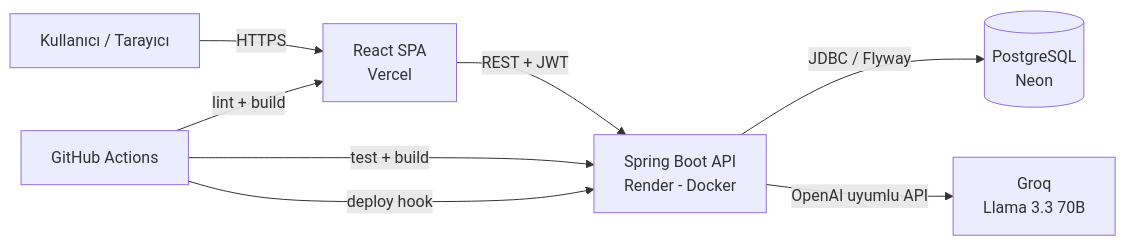
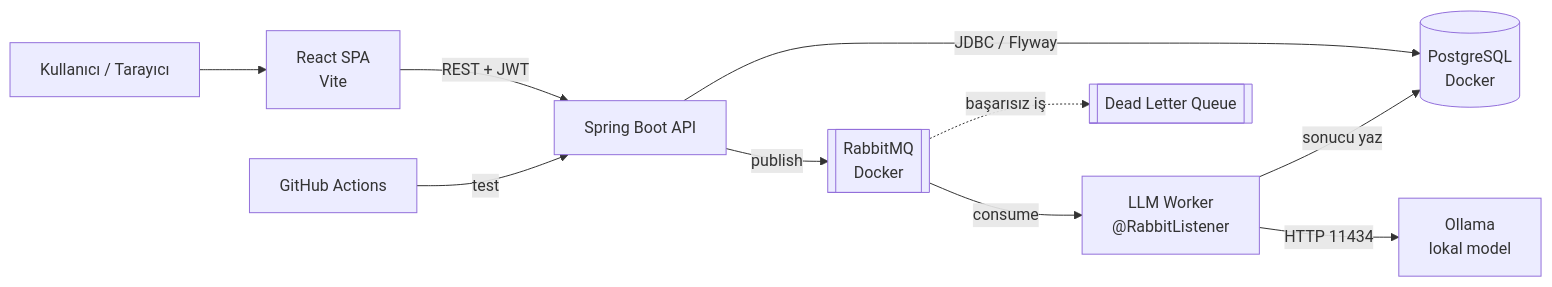
One commit to OzlemBalikci/DocuMind changed the first of 6 diagrams in docs/02-mimari.md. Above: the diagram before and after it, drawn with Mermaid. The commit also changed other lines of this file and 8 other files, not shown here.

````diff
--- a/docs/02-mimari.md
+++ b/docs/02-mimari.md
@@ -5,10 +5,12 @@
 ```mermaid
 flowchart LR
-    U[Kullanıcı / Tarayıcı] -->|HTTPS| FE[React SPA<br/>Vercel]
-    FE -->|REST + JWT| BE[Spring Boot API<br/>Render - Docker]
-    BE -->|JDBC / Flyway| DB[(PostgreSQL<br/>Neon)]
-    BE -->|OpenAI uyumlu API| LLM[Groq<br/>Llama 3.3 70B]
-    GH[GitHub Actions] -->|test + build| BE
-    GH -->|deploy hook| BE
-    GH -->|lint + build| FE
+    U[Kullanıcı / Tarayıcı] --> FE[React SPA<br/>Vite]
+    FE -->|REST + JWT| BE[Spring Boot API]
+    BE -->|JDBC / Flyway| DB[(PostgreSQL<br/>Docker)]
+    BE -->|publish| MQ[[RabbitMQ<br/>Docker]]
+    MQ -->|consume| W[LLM Worker<br/>@RabbitListener]
+    W -->|HTTP 11434| OL[Ollama<br/>lokal model]
+    W -->|sonucu yaz| DB
+    MQ -.->|başarısız iş| DLQ[[Dead Letter Queue]]
+    GH[GitHub Actions] -->|test| BE
 ```
````
